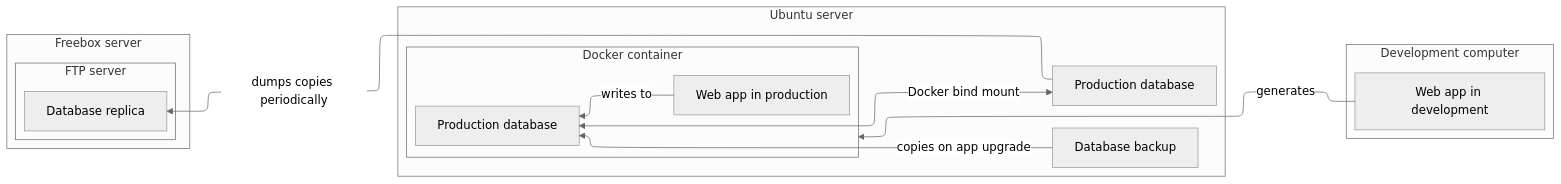
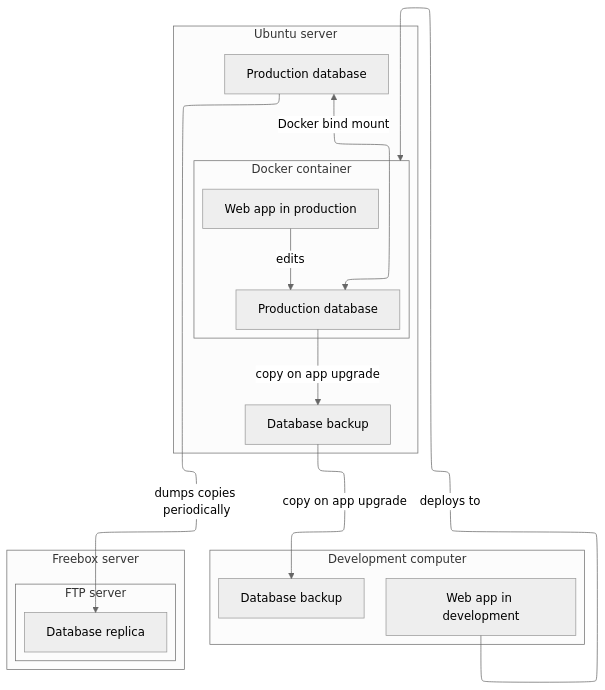
Before and after one commit to plfelter/verbatims-utn-vdl: the diagram in README.md, drawn with Mermaid.

Commit message:
More accurate diagram for database managmenbt strategy

````diff
--- a/README.md
+++ b/README.md
@@ -9,34 +9,36 @@
 ```mermaid
 ---
 config:
   theme: neutral
   layout: elk
   elk:
     mergeEdges: true
     nodePlacementStrategy: SIMPLE
 ---
-flowchart RL
- subgraph DevPlatform["Development computer"]
-        Dev_app["Web app in development"]
-  end
- subgraph Container["Docker container"]
+flowchart TD
+    subgraph Server["Ubuntu server"]
+        Container
+        Ubuntu_db["Production database"]
+        Ubuntu_backup_db["Database backup"]
+    end
+    subgraph Container["Docker container"]
         Container_db["Production database"]
         Production_app["Web app in production"]
-  end
- subgraph Server["Ubuntu server"]
-        Container
-     Ubuntu_db["Production database"]
-     Ubuntu_backup_db["Database backup"]
-  end
- subgraph FTP["FTP server"]
+    end
+    subgraph DevPlatform["Development computer"]
+        Dev_app["Web app in development"]
+        Dev_backup_db["Database backup"]
+    end
+    subgraph FTP["FTP server"]
         Freebox_db["Database replica"]
-  end
- subgraph Freebox["Freebox server"]
+    end
+    subgraph Freebox["Freebox server"]
         FTP
-  end
-    Production_app -- writes to --> Container_db
-    Ubuntu_backup_db -- copies on app upgrade --> Container_db
+    end
+    Ubuntu_db -- dumps copies periodically --> Freebox_db
+    Dev_app -- deploys to --> Container
+    Container_db -- copy on app upgrade --> Ubuntu_backup_db
+    Ubuntu_backup_db -- copy on app upgrade --> Dev_backup_db
+    Production_app -- edits --> Container_db
     Ubuntu_db <-- Docker bind mount --> Container_db
-    Ubuntu_db -- dumps copies periodically --> Freebox_db
-    Dev_app -- generates --> Container
 ```
````
